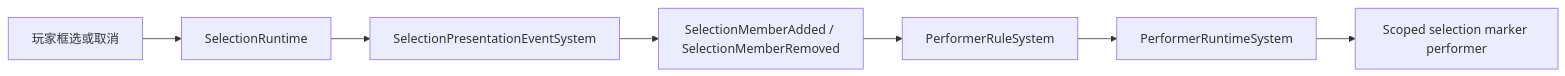
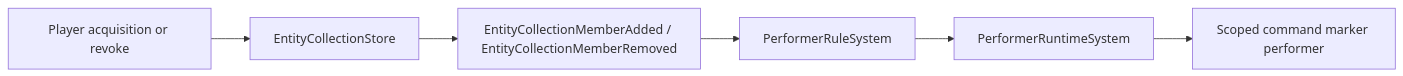
The second of 2 diagrams in gitbook/reference/mass-navigation-formal-chain.md (MightyBubble/Ludots), drawn with Mermaid before and after one commit. The commit also changed other lines of this file and 266 other files, not shown here.

````diff
--- a/gitbook/reference/mass-navigation-formal-chain.md
+++ b/gitbook/reference/mass-navigation-formal-chain.md
@@ -80,9 +66,8 @@
 ```mermaid
 flowchart LR
-    Player["玩家框选或取消"] --> Selection["SelectionRuntime"]
-    Selection --> Projection["SelectionPresentationEventSystem"]
-    Projection --> Event["SelectionMemberAdded / SelectionMemberRemoved"]
+    Player["Player acquisition or revoke"] --> Store["EntityCollectionStore"]
+    Store --> Event["EntityCollectionMemberAdded / EntityCollectionMemberRemoved"]
     Event --> Rules["PerformerRuleSystem"]
     Rules --> Runtime["PerformerRuntimeSystem"]
-    Runtime --> Marker["Scoped selection marker performer"]
+    Runtime --> Marker["Scoped command marker performer"]
 ```
````
